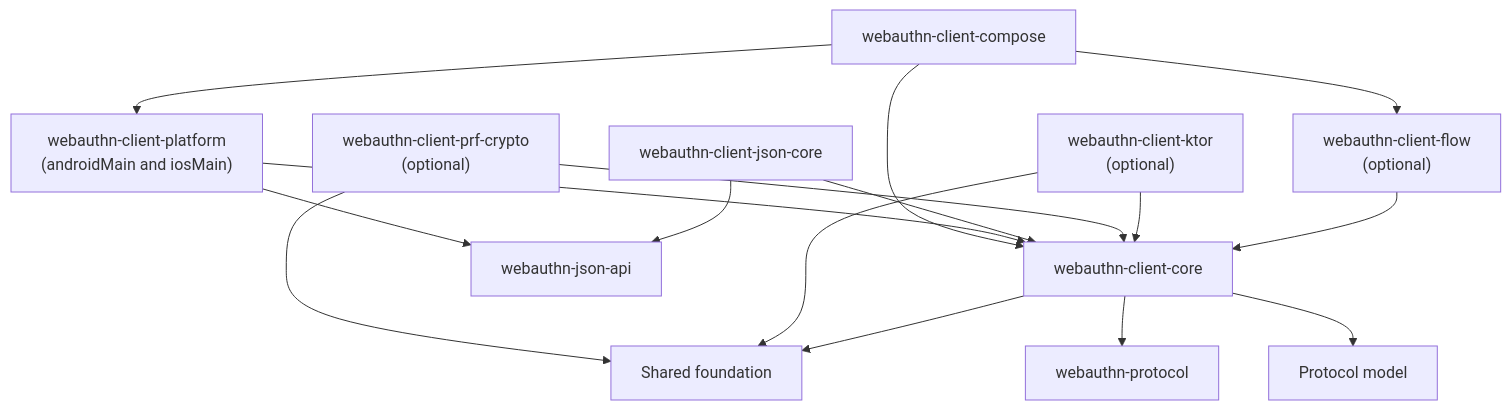
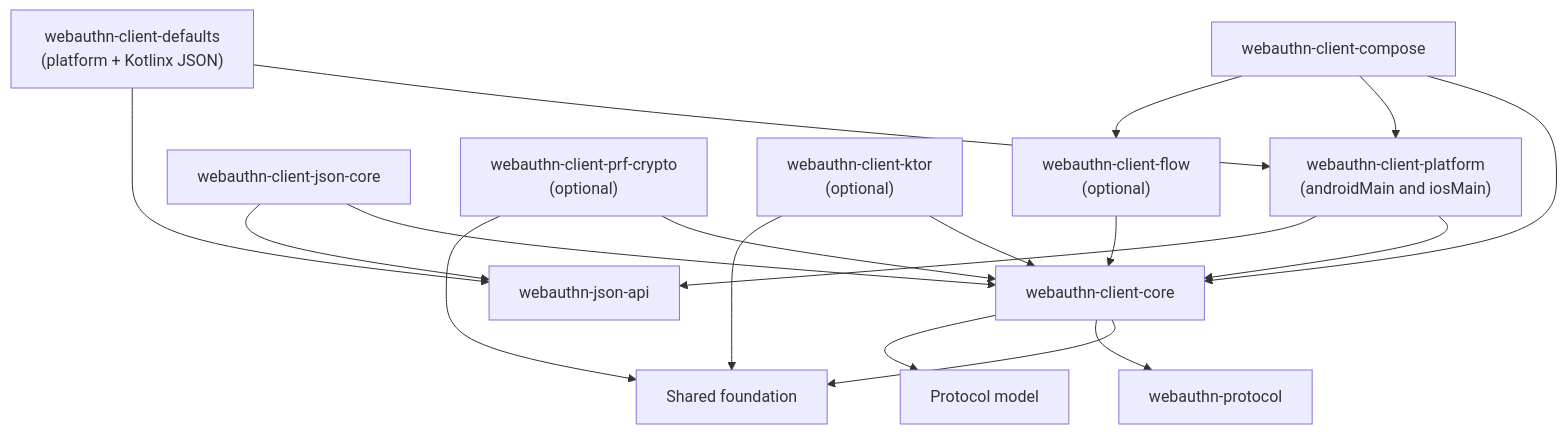
Before and after one commit to szijpeter/webauthn-kotlin-multiplatform: the third of 4 diagrams in docs/architecture.md, drawn with Mermaid. The commit also changed 17 other files, not shown here.

Commit message:
feat(client): add default platform composition

````diff
--- a/docs/architecture.md
+++ b/docs/architecture.md
@@ -91,35 +91,38 @@
 ```mermaid
 flowchart TB
     COMPOSE["webauthn-client-compose"]
+    DEFAULTS["webauthn-client-defaults<br/>(platform + Kotlinx JSON)"]
     PLATFORM["webauthn-client-platform<br/>(androidMain and iosMain)"]
     JSON["webauthn-client-json-core"]
     PRF["webauthn-client-prf-crypto<br/>(optional)"]
     NETWORK["webauthn-client-ktor<br/>(optional)"]
     CLIENT_CORE["webauthn-client-core"]
     CLIENT_FLOW["webauthn-client-flow<br/>(optional)"]
     JSON_API["webauthn-json-api"]
     PROTOCOL["webauthn-protocol"]
     FOUNDATION["Shared foundation"]
     MODEL["Protocol model"]
 
     COMPOSE --> CLIENT_CORE
     COMPOSE --> PLATFORM
     COMPOSE --> CLIENT_FLOW
+    DEFAULTS --> PLATFORM
+    DEFAULTS --> JSON_API
 
     PLATFORM --> CLIENT_CORE
     PLATFORM --> JSON_API
 
     JSON --> CLIENT_CORE
     JSON --> JSON_API
 
     PRF --> CLIENT_CORE
     PRF --> FOUNDATION
 
     NETWORK --> CLIENT_CORE
     NETWORK --> FOUNDATION
 
     CLIENT_CORE --> FOUNDATION
     CLIENT_CORE --> PROTOCOL
     CLIENT_CORE --> MODEL
     CLIENT_FLOW --> CLIENT_CORE
 ```
````
